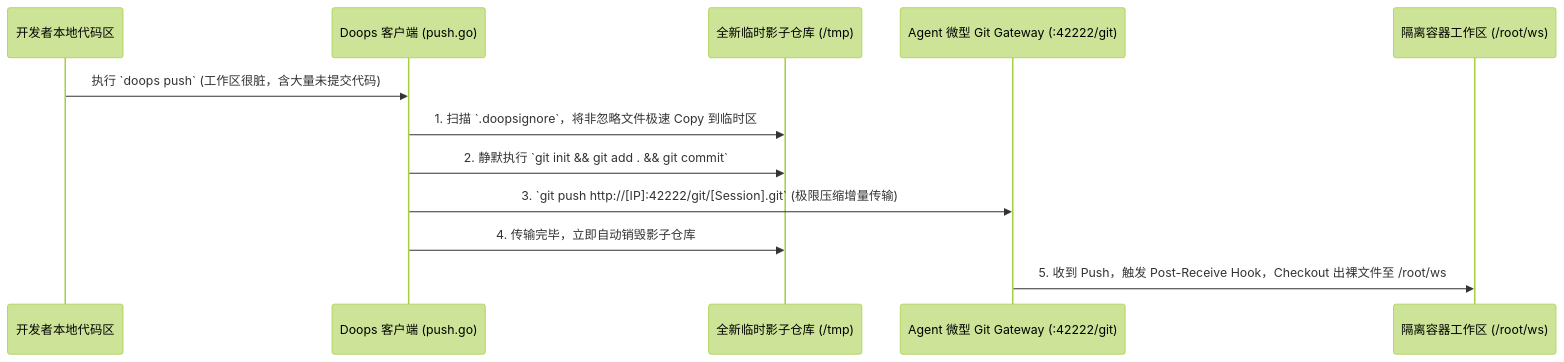
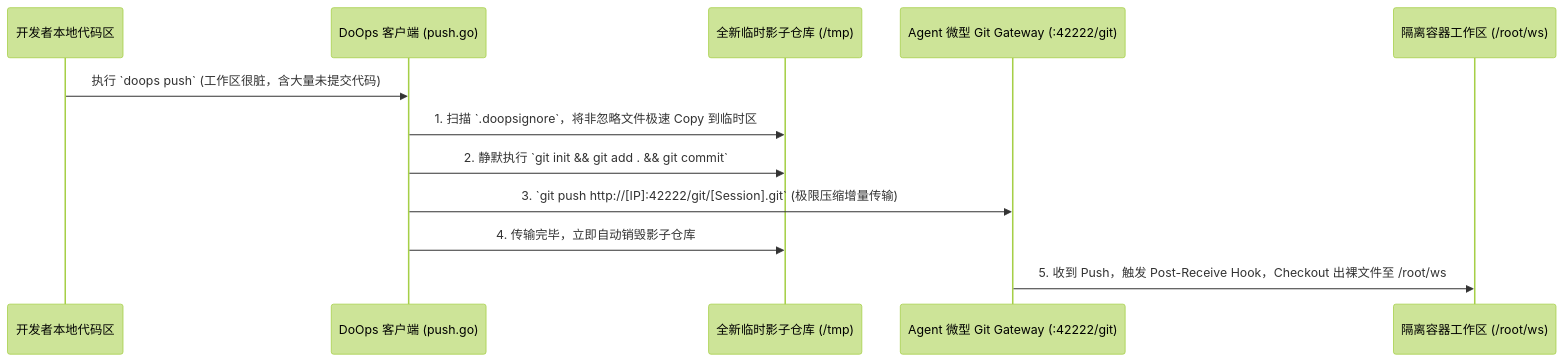
One commit to symansun/doops changed the diagram in docs/design/doops-ephemeral-git-sync.md. Above: the diagram before and after it, drawn with Mermaid (forest theme). The commit also changed other lines of this file and 17 other files, not shown here.

Commit message:
docs: 项目名称 doops.sh 统一改为 DoOps

````diff
--- a/docs/design/doops-ephemeral-git-sync.md
+++ b/docs/design/doops-ephemeral-git-sync.md
@@ -20,15 +20,15 @@
 ```mermaid
 sequenceDiagram
     participant Dev as 开发者本地代码区
-    participant Cli as Doops 客户端 (push.go)
+    participant Cli as DoOps 客户端 (push.go)
     participant Buffer as 全新临时影子仓库 (/tmp)
     participant Agent as Agent 微型 Git Gateway (:42222/git)
     participant Dest as 隔离容器工作区 (/root/ws)
 
     Dev->>Cli: 执行 `doops push` (工作区很脏，含大量未提交代码)
     Cli->>Buffer: 1. 扫描 `.doopsignore`，将非忽略文件极速 Copy 到临时区
     Cli->>Buffer: 2. 静默执行 `git init && git add . && git commit`
     Cli->>Agent: 3. `git push http://[IP]:42222/git/[Session].git` (极限压缩增量传输)
     Cli->>Buffer: 4. 传输完毕，立即自动销毁影子仓库
     Agent->>Dest: 5. 收到 Push，触发 Post-Receive Hook，Checkout 出裸文件至 /root/ws
 ```
````
